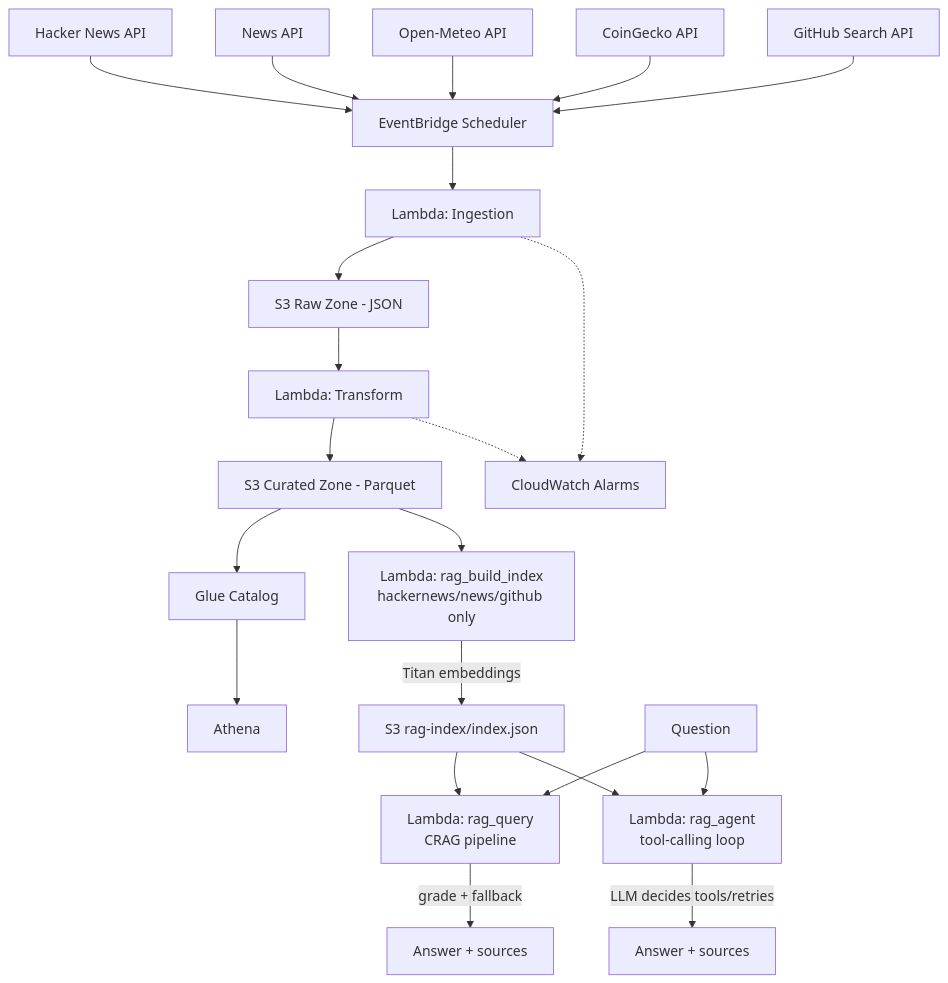
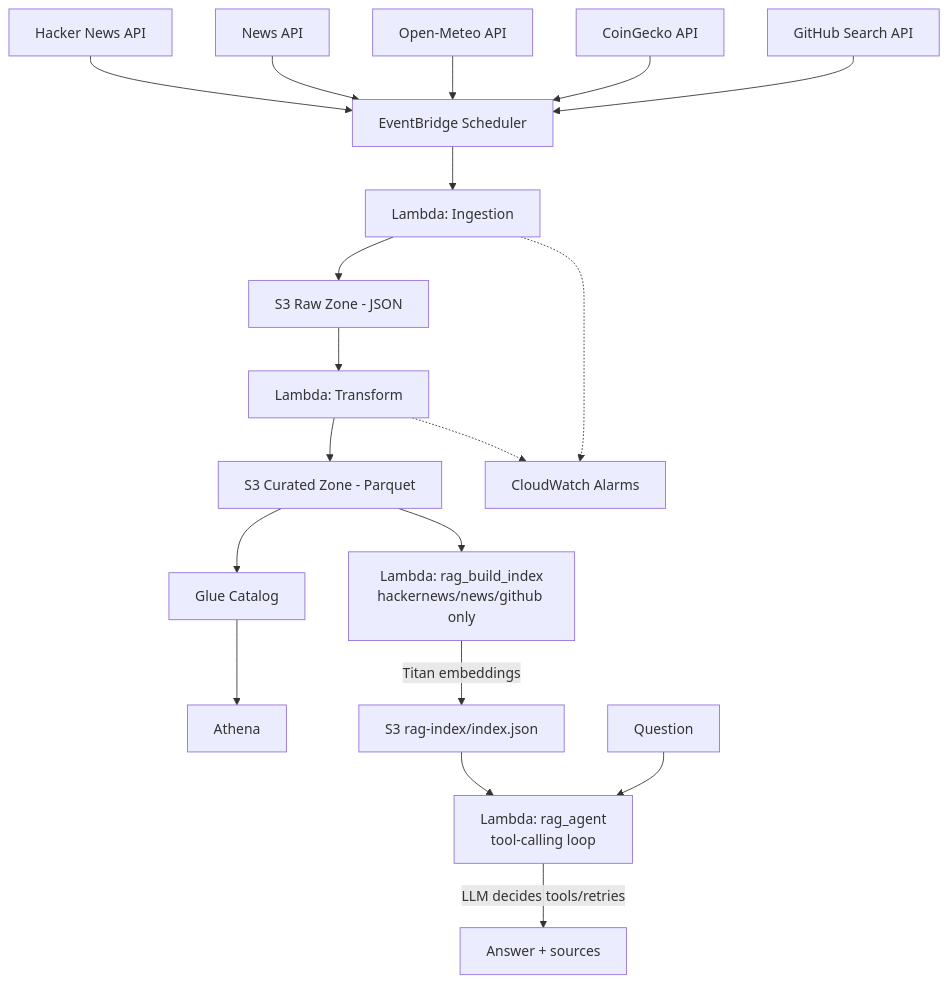
One commit to coderuit3k/realtime-data-pipeline changed the diagram in README.md. Above: the diagram before and after it, drawn with Mermaid. The commit also changed other lines of this file and 1 other file, not shown here.

First line of the commit message:
docs: rewrite landing copy and root README for single Agentic RAG pipeline

````diff
--- a/README.md
+++ b/README.md
@@ -12,27 +12,23 @@
 ```mermaid
 flowchart TD
     A[Hacker News API] --> C[EventBridge Scheduler]
     B[News API] --> C
     W[Open-Meteo API] --> C
     P[CoinGecko API] --> C
     GH[GitHub Search API] --> C
     C --> D[Lambda: Ingestion]
     D --> E[S3 Raw Zone - JSON]
     E --> F[Lambda: Transform]
     F --> G[S3 Curated Zone - Parquet]
     G --> H[Glue Catalog]
     H --> I[Athena]
     D -.-> J[CloudWatch Alarms]
     F -.-> J
 
     G --> K[Lambda: rag_build_index<br/>hackernews/news/github only]
     K -->|Titan embeddings| L[S3 rag-index/index.json]
 
-    Q[Question] --> N[Lambda: rag_query<br/>CRAG pipeline]
-    L --> N
-    N -->|grade + fallback| R1[Answer + sources]
-
-    Q --> AG[Lambda: rag_agent<br/>tool-calling loop]
+    Q[Question] --> AG[Lambda: rag_agent<br/>tool-calling loop]
     L --> AG
     AG -->|LLM decides tools/retries| R2[Answer + sources]
 ```
````
